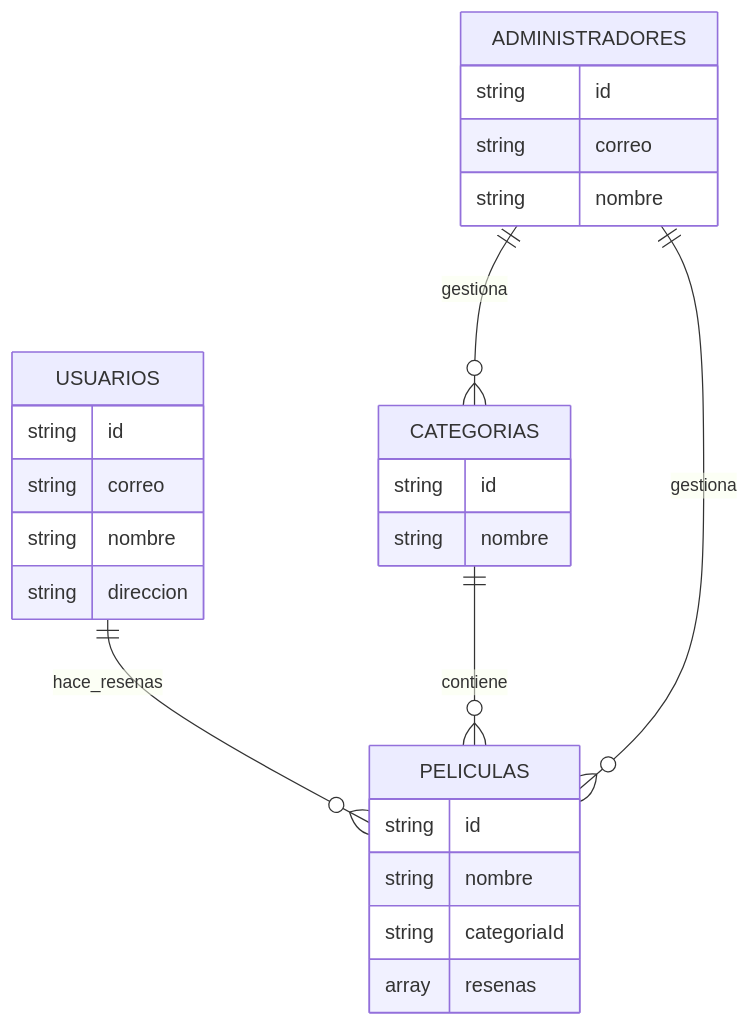
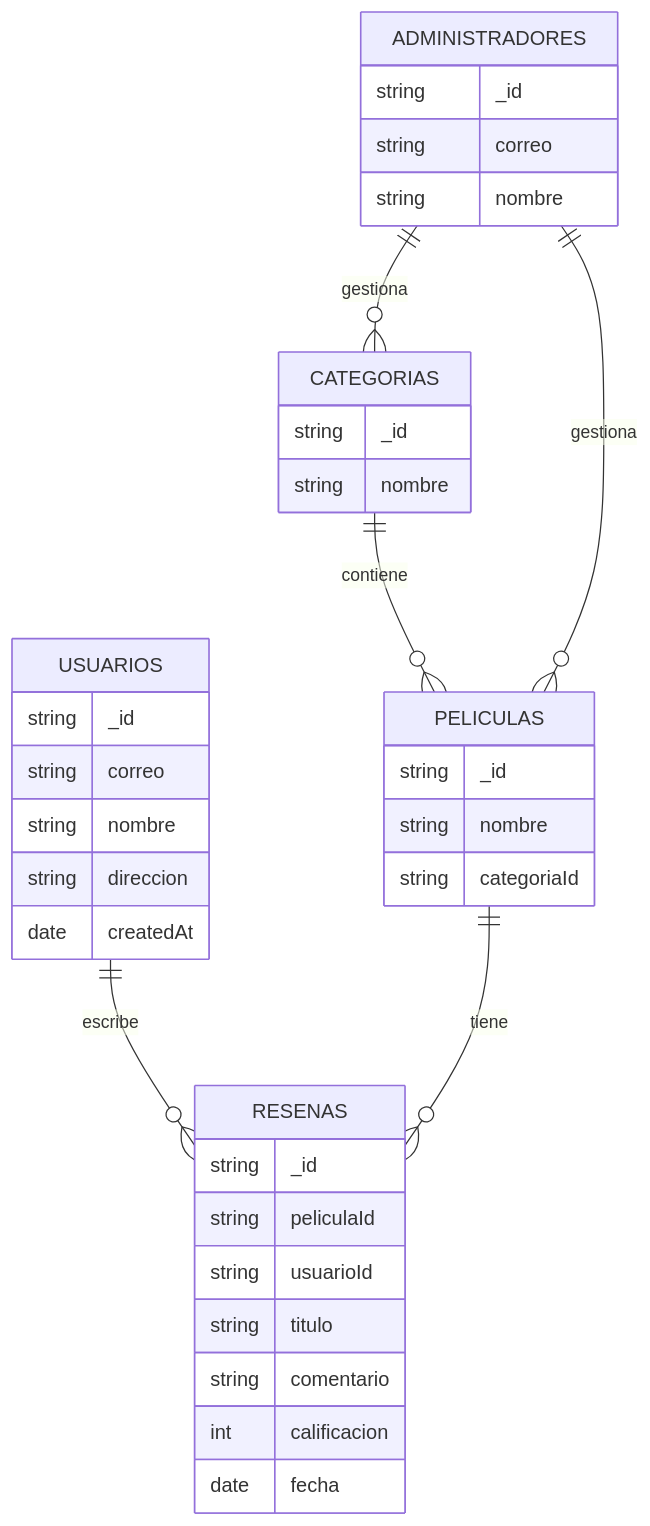
One commit to JuanSantoyoJ/Proyecto_EXpressBackend_S1_SantoyoJuan-DiazVladimir changed the second of 2 diagrams in README.md. Above: the diagram before and after it, drawn with Mermaid.

````diff
--- a/README.md
+++ b/README.md
@@ -505,32 +505,44 @@
 ```mermaid
 erDiagram
     USUARIOS {
-        string id
+        string _id
         string correo
         string nombre
         string direccion
+        date createdAt
     }
 
     ADMINISTRADORES {
-        string id
+        string _id
         string correo
         string nombre
     }
 
     CATEGORIAS {
-        string id
+        string _id
         string nombre
     }
 
     PELICULAS {
-        string id
+        string _id
         string nombre
         string categoriaId
-        array resenas
     }
 
-    USUARIOS ||--o{ PELICULAS : "hace_resenas"
+    RESENAS {
+        string _id
+        string peliculaId
+        string usuarioId
+        string titulo
+        string comentario
+        int calificacion
+        date fecha
+    }
+
+    %% Relaciones principales
+    USUARIOS ||--o{ RESENAS : "escribe"
+    PELICULAS ||--o{ RESENAS : "tiene"
     CATEGORIAS ||--o{ PELICULAS : "contiene"
     ADMINISTRADORES ||--o{ PELICULAS : "gestiona"
     ADMINISTRADORES ||--o{ CATEGORIAS : "gestiona"
 ```
````
